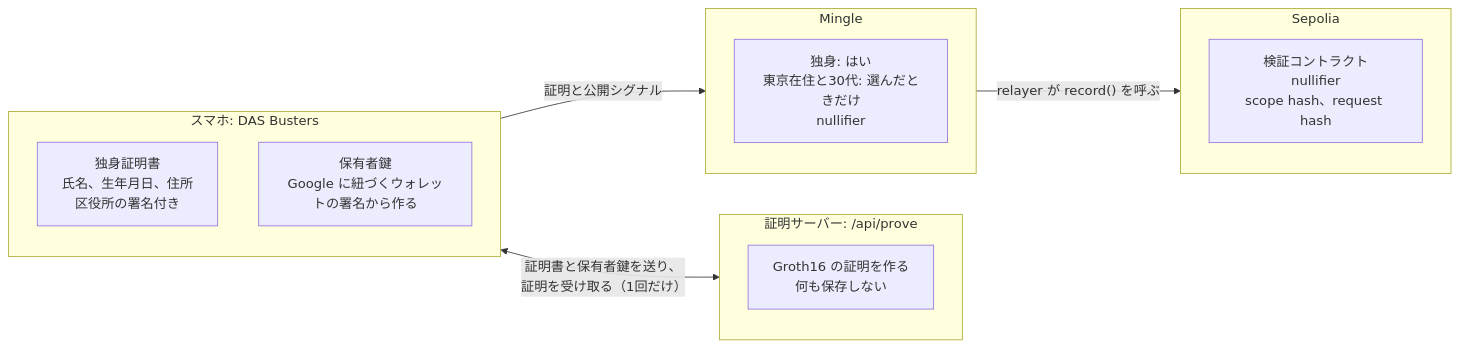
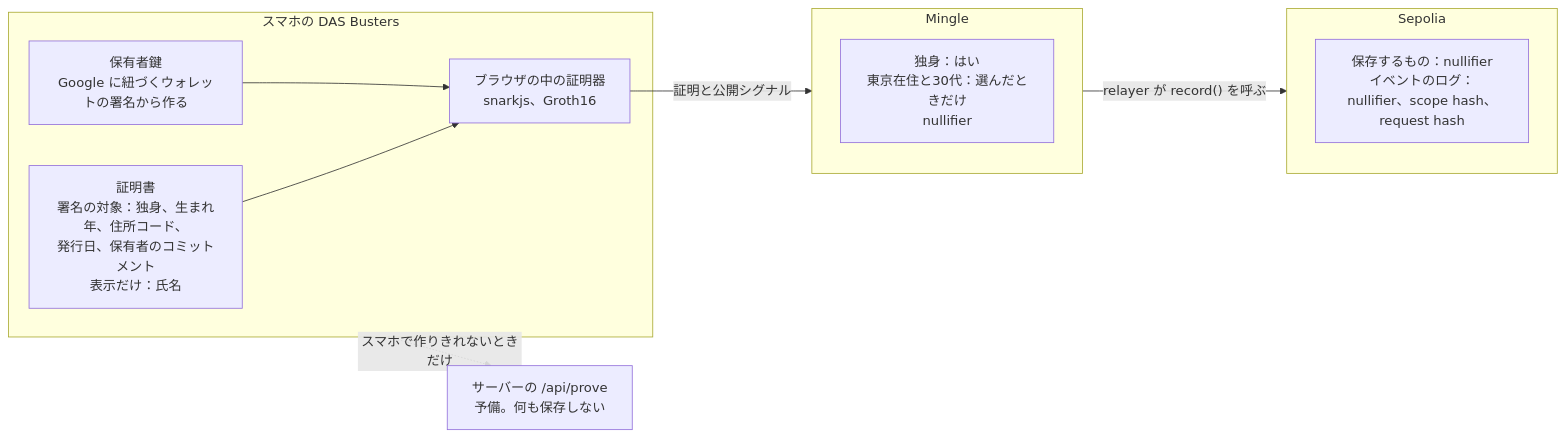
One commit to CobaltSato/das-busters changed the second of 5 diagrams in README.ja.md. Above: the diagram before and after it, drawn with Mermaid. The commit also changed other lines of this file and 1 other file, not shown here.

````diff
--- a/README.ja.md
+++ b/README.ja.md
@@ -32,19 +112,20 @@
 ```mermaid
 flowchart LR
-  subgraph phone["スマホ: DAS Busters"]
-    cert["独身証明書<br/>氏名、生年月日、住所<br/>区役所の署名付き"]
+  subgraph phone["スマホの DAS Busters"]
+    cert["証明書<br/>署名の対象：独身、生まれ年、住所コード、<br/>発行日、保有者のコミットメント<br/>表示だけ：氏名"]
     secret["保有者鍵<br/>Google に紐づくウォレットの署名から作る"]
+    prove["ブラウザの中の証明器<br/>snarkjs、Groth16"]
   end
-  subgraph prover["証明サーバー: /api/prove"]
-    prove["Groth16 の証明を作る<br/>何も保存しない"]
-  end
+  fallback["サーバーの /api/prove<br/>予備。何も保存しない"]
   subgraph mingle["Mingle"]
-    seen["独身: はい<br/>東京在住と30代: 選んだときだけ<br/>nullifier"]
+    seen["独身：はい<br/>東京在住と30代：選んだときだけ<br/>nullifier"]
   end
   subgraph chain["Sepolia"]
-    stored["検証コントラクト<br/>nullifier<br/>scope hash、request hash"]
+    stored["保存するもの：nullifier<br/>イベントのログ：nullifier、scope hash、request hash"]
   end
-  phone <-- "証明書と保有者鍵を送り、<br/>証明を受け取る（1回だけ）" --> prover
-  phone -- "証明と公開シグナル" --> mingle
+  cert --> prove
+  secret --> prove
+  phone -.->|"スマホで作りきれないときだけ"| fallback
+  prove -- "証明と公開シグナル" --> mingle
   mingle -- "relayer が record() を呼ぶ" --> chain
 ```
````
